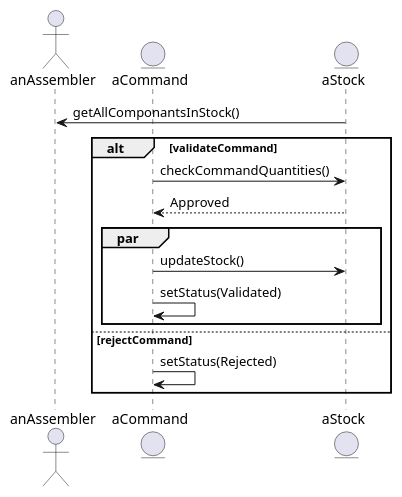
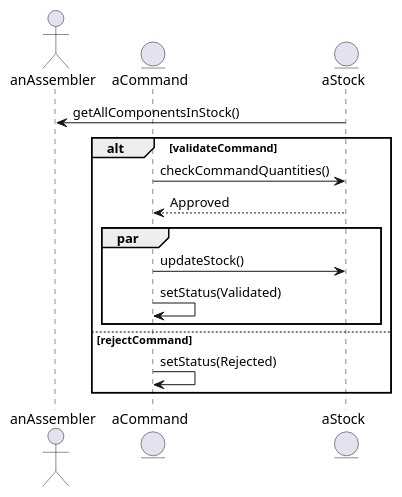
The fourth of 15 diagrams in README.md (Yorkchk/PC_sur_mesure_Mobile_app), drawn with PlantUML before and after one commit. The commit also changed other lines of this file, not shown here.

````diff
--- a/README.md
+++ b/README.md
@@ -165,23 +148,21 @@
+```plantuml
 @startuml
 actor anAssembler as Assembler
 entity aCommand
 entity aStock
 
-aStock -> Assembler : getAllComponantsInStock()
+aStock -> Assembler : getAllComponentsInStock()
 
 alt validateCommand
    aCommand -> aStock : checkCommandQuantities()
    aStock --> aCommand : Approved
    Par
       aCommand -> aStock : updateStock()
       aCommand -> aCommand : setStatus(Validated)
-
    end
 
 else rejectCommand
       aCommand -> aCommand : setStatus(Rejected)
-  
-
 end
-
 @enduml
+```
````
